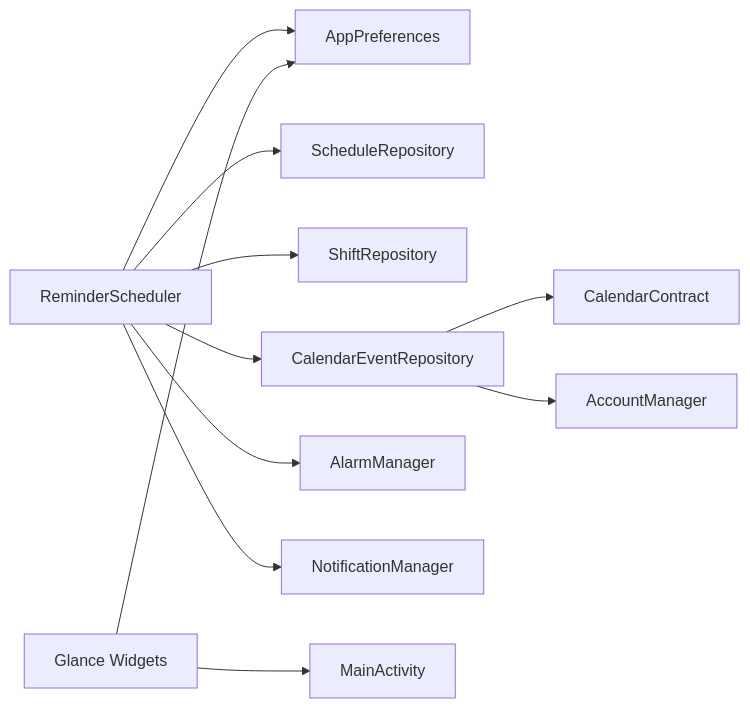
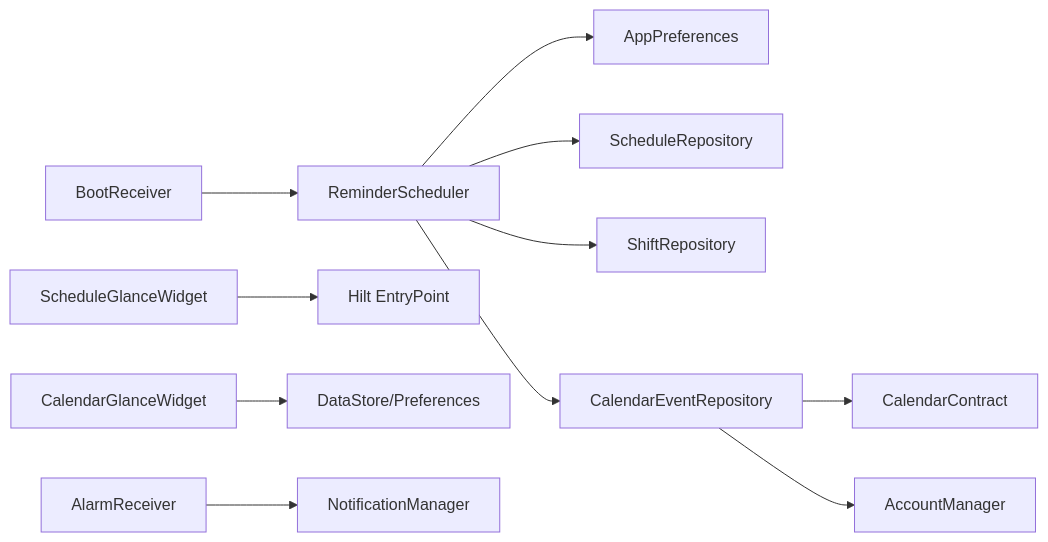
One commit to xiaobai860/paibanrili changed the seventh of 7 diagrams in .qoder/repowiki/zh/content/系统集成/系统集成.md. Above: the diagram before and after it, drawn with Mermaid. The commit also changed other lines of this file and 245 other files, not shown here.

````diff
--- a/.qoder/repowiki/zh/content/系统集成/系统集成.md
+++ b/.qoder/repowiki/zh/content/系统集成/系统集成.md
@@ -300,13 +326,13 @@
 ```mermaid
 graph LR
-RS["ReminderScheduler"] --> Prefs["AppPreferences"]
-RS --> SRepo["ScheduleRepository"]
-RS --> ShiftRepo["ShiftRepository"]
-RS --> CalRepo["CalendarEventRepository"]
-CalRepo --> CC["CalendarContract"]
-CalRepo --> AccMgr["AccountManager"]
-RS --> AM["AlarmManager"]
-RS --> NM["NotificationManager"]
-Widget["Glance Widgets"] --> Prefs
-Widget --> MainAct["MainActivity"]
+RS["ReminderScheduler"] --> AP["AppPreferences"]
+RS --> SR["ScheduleRepository"]
+RS --> SHR["ShiftRepository"]
+RS --> CER["CalendarEventRepository"]
+CER --> CC["CalendarContract"]
+CER --> AM["AccountManager"]
+SGW["ScheduleGlanceWidget"] --> EP["Hilt EntryPoint"]
+CGW["CalendarGlanceWidget"] --> DS["DataStore/Preferences"]
+AR["AlarmReceiver"] --> NM["NotificationManager"]
+BR["BootReceiver"] --> RS
 ```
````
